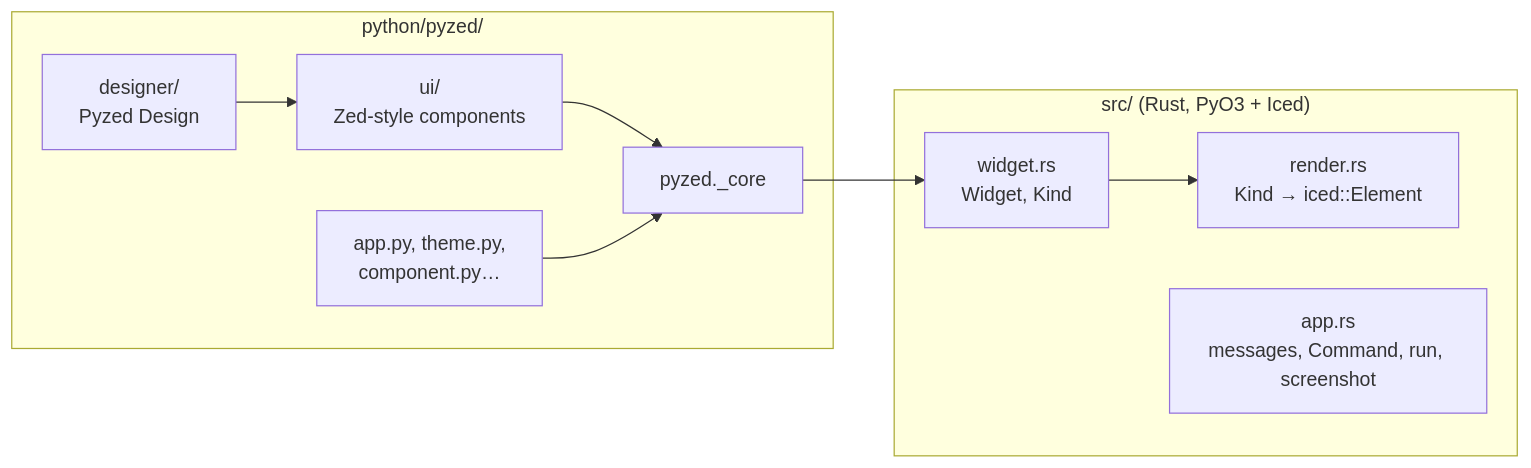
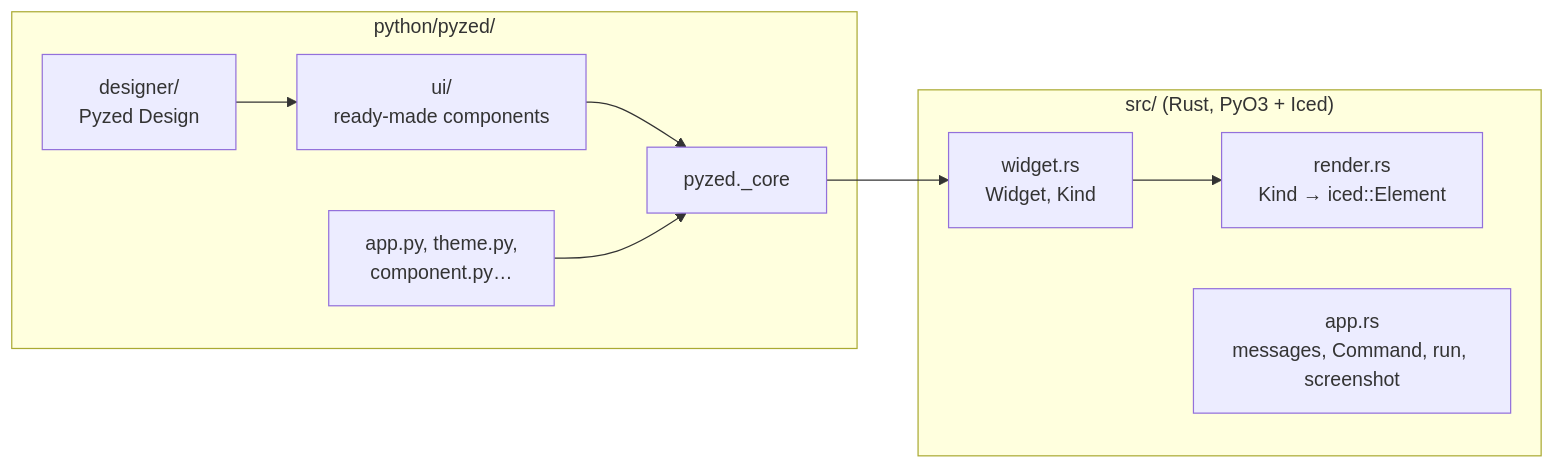
Before and after one commit to albakore/pyzed: the diagram in docs/src/content/docs/contributing/index.md, drawn with Mermaid. The commit also changed 163 other files, not shown here.

````diff
--- a/docs/src/content/docs/contributing/index.md
+++ b/docs/src/content/docs/contributing/index.md
@@ -89,13 +89,13 @@
 ```mermaid
 flowchart LR
     subgraph RS["src/ (Rust, PyO3 + Iced)"]
         W["widget.rs<br/>Widget, Kind"] --> R["render.rs<br/>Kind → iced::Element"]
         A["app.rs<br/>messages, Command, run, screenshot"]
     end
     subgraph PY["python/pyzed/"]
-        UI["ui/<br/>Zed-style components"] --> CORE["pyzed._core"]
+        UI["ui/<br/>ready-made components"] --> CORE["pyzed._core"]
         D["designer/<br/>Pyzed Design"] --> UI
         APP["app.py, theme.py,<br/>component.py…"] --> CORE
     end
     CORE --> W
 ```
````
